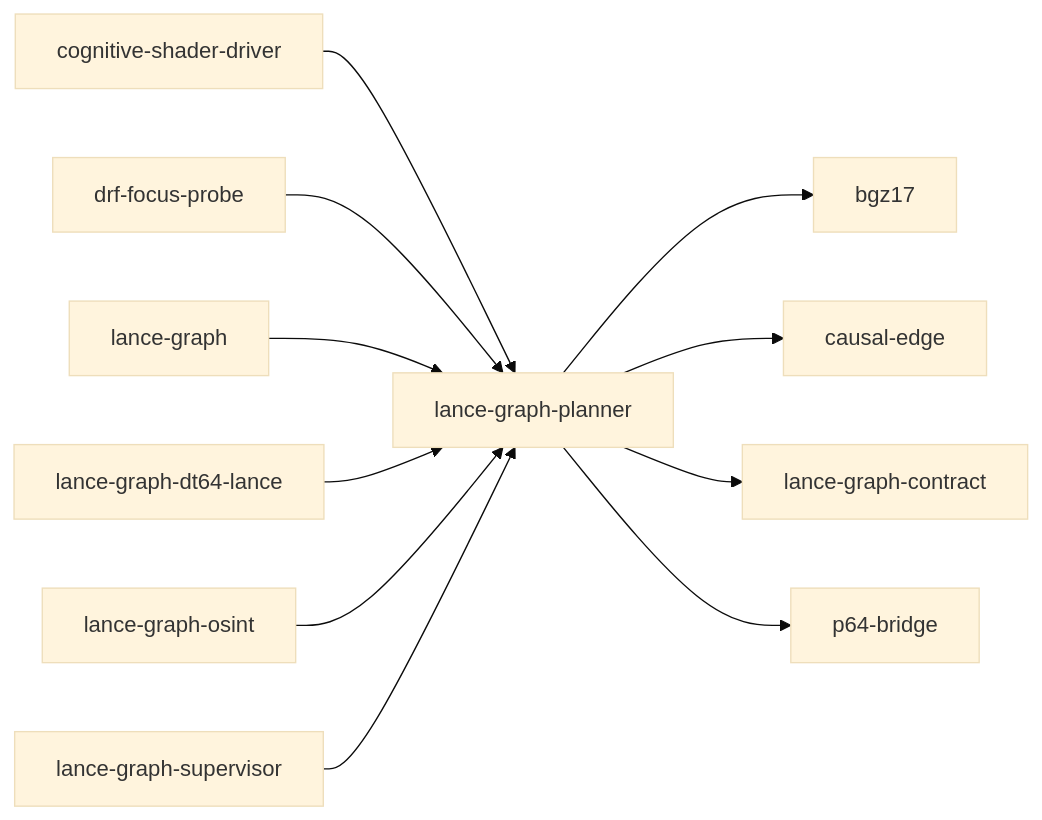
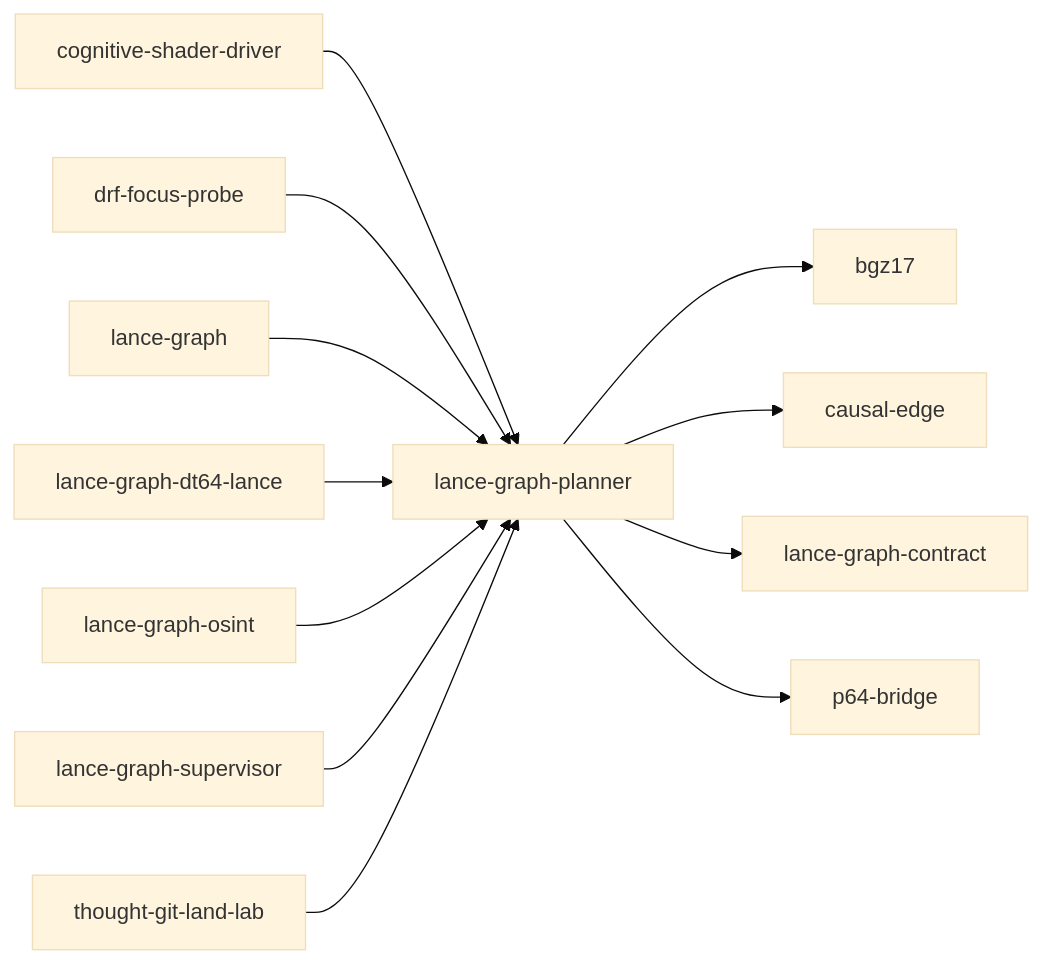
One commit to AdaWorldAPI/lance-graph changed the diagram in .codegraph/crates/lance-graph-planner.index.md. Above: the diagram before and after it, drawn with Mermaid (base theme). The commit also changed other lines of this file and 25 other files, not shown here.

First line of the commit message:
chore(thought-git-land-lab): CI job, status row, codegraph index

````diff
--- a/.codegraph/crates/lance-graph-planner.index.md
+++ b/.codegraph/crates/lance-graph-planner.index.md
@@ -364,24 +365,26 @@
 ```mermaid
 flowchart LR
   n2["bgz17"]
   n3["causal-edge"]
   n7["cognitive-shader-driver"]
   n16["drf-focus-probe"]
   n34["lance-graph"]
   n45["lance-graph-contract"]
   n49["lance-graph-dt64-lance"]
   n61["lance-graph-osint"]
   n62["lance-graph-planner"]
   n71["lance-graph-supervisor"]
   n79["p64-bridge"]
+  n96["thought-git-land-lab"]
   n7 --> n62
   n16 --> n62
   n34 --> n62
   n49 --> n62
   n61 --> n62
   n62 --> n2
   n62 --> n3
   n62 --> n45
   n62 --> n79
   n71 --> n62
+  n96 --> n62
 ```
````
